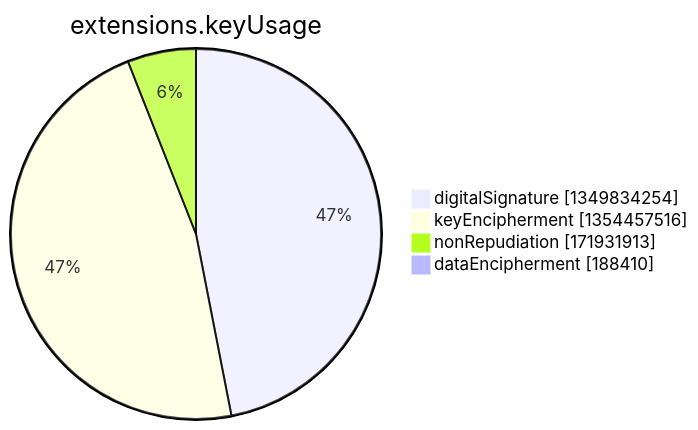
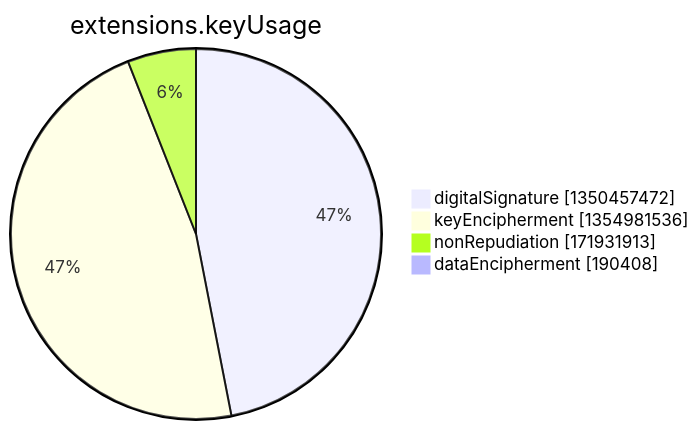
The seventh of 15 diagrams in argon2022/README.md (christiankrug/ctmonitor_visualization), drawn with Mermaid before and after one commit. The commit also changed other lines of this file, not shown here.

````diff
--- a/argon2022/README.md
+++ b/argon2022/README.md
@@ -2750,8 +2750,8 @@
 ```mermaid
 pie showData
 title extensions.keyUsage
-"digitalSignature" :1349834254
-"keyEncipherment" :1354457516
+"digitalSignature" :1350457472
+"keyEncipherment" :1354981536
 "nonRepudiation" :171931913
-"dataEncipherment" :188410
+"dataEncipherment" :190408
 ```
````
